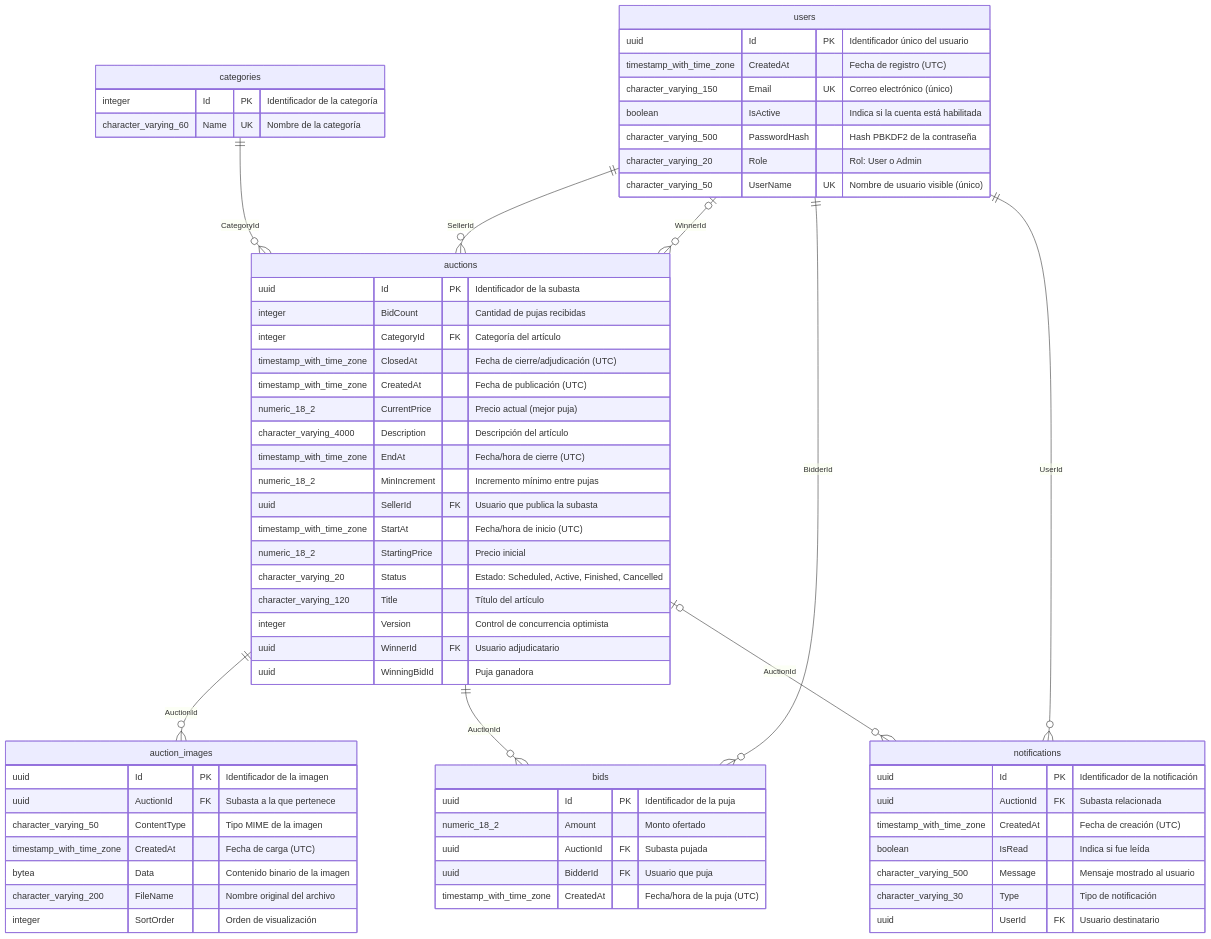
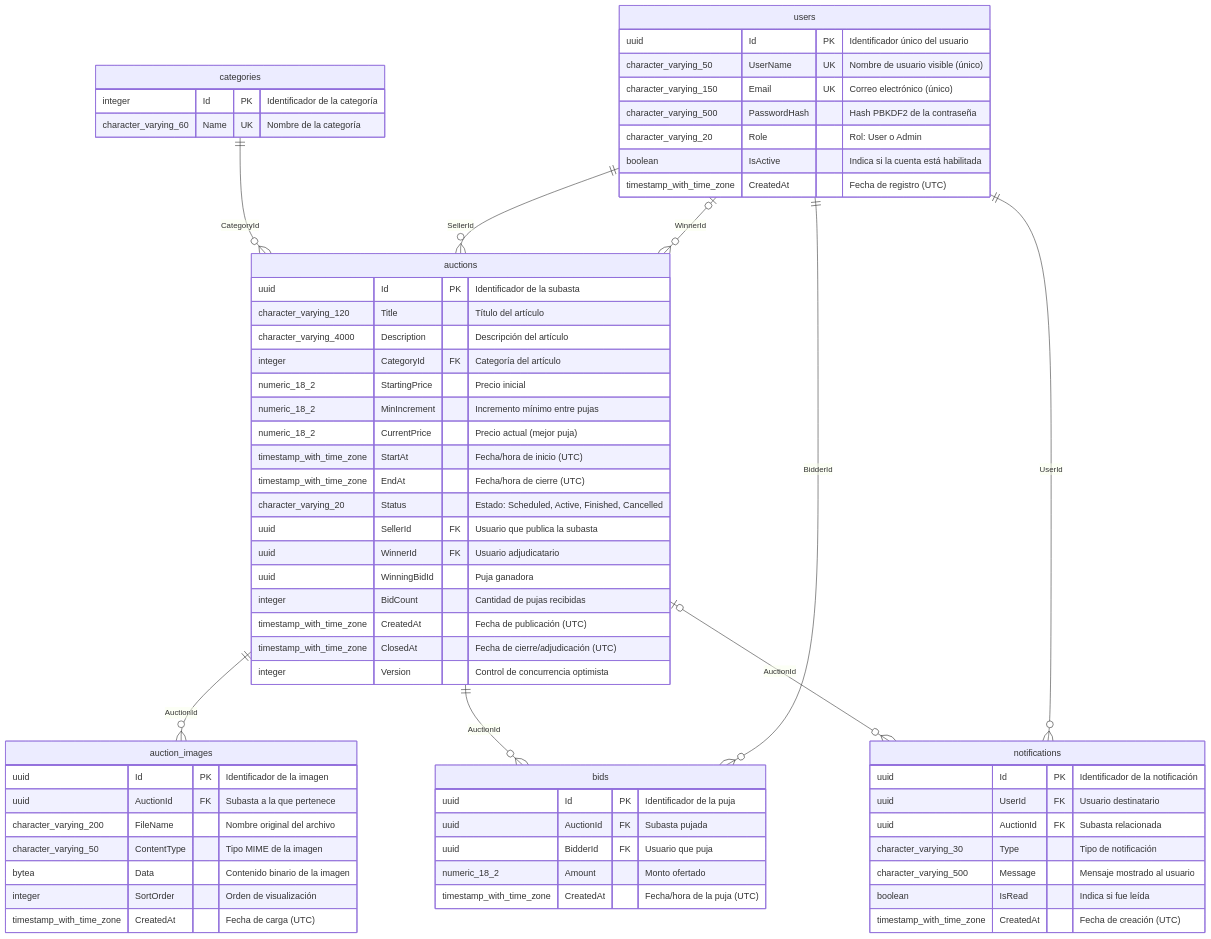
Before and after one commit to UPT-FAING-EPIS/si784-2026-ii-si784-2026-ii-examen-u1-jhonyvargas: the diagram in docs/diagrama-entidad-relacion.md, drawn with Mermaid. The commit also changed other lines of this file and 5 other files, not shown here.

````diff
--- a/docs/diagrama-entidad-relacion.md
+++ b/docs/diagrama-entidad-relacion.md
@@ -7,68 +7,68 @@
 ```mermaid
 erDiagram
     auctions ||--o{ auction_images : "AuctionId"
     categories ||--o{ auctions : "CategoryId"
     users ||--o{ auctions : "SellerId"
     users |o--o{ auctions : "WinnerId"
     auctions ||--o{ bids : "AuctionId"
     users ||--o{ bids : "BidderId"
     auctions |o--o{ notifications : "AuctionId"
     users ||--o{ notifications : "UserId"
     auction_images {
         uuid Id PK "Identificador de la imagen"
         uuid AuctionId FK "Subasta a la que pertenece"
+        character_varying_200 FileName "Nombre original del archivo"
         character_varying_50 ContentType "Tipo MIME de la imagen"
+        bytea Data "Contenido binario de la imagen"
+        integer SortOrder "Orden de visualización"
         timestamp_with_time_zone CreatedAt "Fecha de carga (UTC)"
-        bytea Data "Contenido binario de la imagen"
-        character_varying_200 FileName "Nombre original del archivo"
-        integer SortOrder "Orden de visualización"
     }
     auctions {
         uuid Id PK "Identificador de la subasta"
-        integer BidCount "Cantidad de pujas recibidas"
+        character_varying_120 Title "Título del artículo"
+        character_varying_4000 Description "Descripción del artículo"
         integer CategoryId FK "Categoría del artículo"
-        timestamp_with_time_zone ClosedAt "Fecha de cierre/adjudicación (UTC)"
-        timestamp_with_time_zone CreatedAt "Fecha de publicación (UTC)"
+        numeric_18_2 StartingPrice "Precio inicial"
+        numeric_18_2 MinIncrement "Incremento mínimo entre pujas"
         numeric_18_2 CurrentPrice "Precio actual (mejor puja)"
-        character_varying_4000 Description "Descripción del artículo"
+        timestamp_with_time_zone StartAt "Fecha/hora de inicio (UTC)"
         timestamp_with_time_zone EndAt "Fecha/hora de cierre (UTC)"
-        numeric_18_2 MinIncrement "Incremento mínimo entre pujas"
+        character_varying_20 Status "Estado: Scheduled, Active, Finished, Cancelled"
         uuid SellerId FK "Usuario que publica la subasta"
-        timestamp_with_time_zone StartAt "Fecha/hora de inicio (UTC)"
-        numeric_18_2 StartingPrice "Precio inicial"
-        character_varying_20 Status "Estado: Scheduled, Active, Finished, Cancelled"
-        character_varying_120 Title "Título del artículo"
-        integer Version "Control de concurrencia optimista"
         uuid WinnerId FK "Usuario adjudicatario"
         uuid WinningBidId "Puja ganadora"
+        integer BidCount "Cantidad de pujas recibidas"
+        timestamp_with_time_zone CreatedAt "Fecha de publicación (UTC)"
+        timestamp_with_time_zone ClosedAt "Fecha de cierre/adjudicación (UTC)"
+        integer Version "Control de concurrencia optimista"
     }
     bids {
         uuid Id PK "Identificador de la puja"
-        numeric_18_2 Amount "Monto ofertado"
         uuid AuctionId FK "Subasta pujada"
         uuid BidderId FK "Usuario que puja"
+        numeric_18_2 Amount "Monto ofertado"
         timestamp_with_time_zone CreatedAt "Fecha/hora de la puja (UTC)"
     }
     categories {
         integer Id PK "Identificador de la categoría"
         character_varying_60 Name UK "Nombre de la categoría"
     }
     notifications {
         uuid Id PK "Identificador de la notificación"
+        uuid UserId FK "Usuario destinatario"
         uuid AuctionId FK "Subasta relacionada"
+        character_varying_30 Type "Tipo de notificación"
+        character_varying_500 Message "Mensaje mostrado al usuario"
+        boolean IsRead "Indica si fue leída"
         timestamp_with_time_zone CreatedAt "Fecha de creación (UTC)"
-        boolean IsRead "Indica si fue leída"
-        character_varying_500 Message "Mensaje mostrado al usuario"
-        character_varying_30 Type "Tipo de notificación"
-        uuid UserId FK "Usuario destinatario"
     }
     users {
         uuid Id PK "Identificador único del usuario"
-        timestamp_with_time_zone CreatedAt "Fecha de registro (UTC)"
+        character_varying_50 UserName UK "Nombre de usuario visible (único)"
         character_varying_150 Email UK "Correo electrónico (único)"
-        boolean IsActive "Indica si la cuenta está habilitada"
         character_varying_500 PasswordHash "Hash PBKDF2 de la contraseña"
         character_varying_20 Role "Rol: User o Admin"
-        character_varying_50 UserName UK "Nombre de usuario visible (único)"
+        boolean IsActive "Indica si la cuenta está habilitada"
+        timestamp_with_time_zone CreatedAt "Fecha de registro (UTC)"
     }
 ```
````
